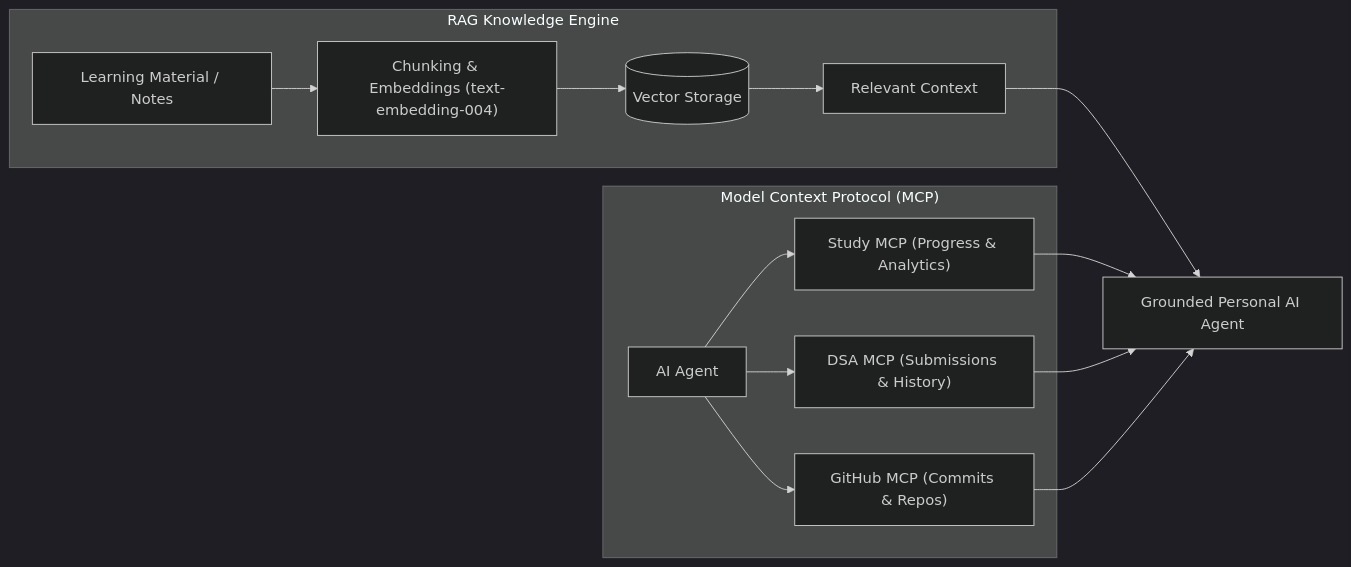
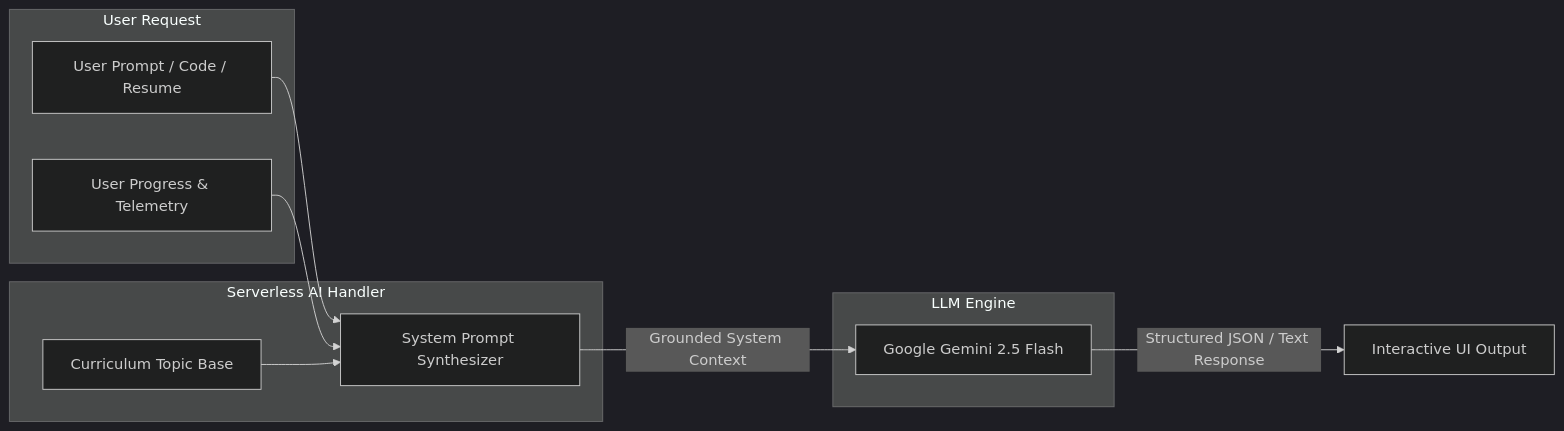
The second of 2 diagrams in README.md (Satyamshiv0079/java-study-tracker), drawn with Mermaid (dark theme) before and after one commit. The commit also changed other lines of this file, not shown here.

Commit message:
docs: update README.md with 100% genuine and accurate technical architecture documentation

````diff
--- a/README.md
+++ b/README.md
@@ -84,17 +93,22 @@
 ```mermaid
 flowchart LR
-    subgraph RAG ["RAG Knowledge Engine"]
-        Docs["Learning Material / Notes"] --> Chunk["Chunking & Embeddings (text-embedding-004)"] --> VectorDB[("Vector Storage")] --> Context["Relevant Context"]
+    subgraph Input ["User Request"]
+        Query["User Prompt / Code / Resume"]
+        State["User Progress & Telemetry"]
     end
 
-    subgraph MCP ["Model Context Protocol (MCP)"]
-        Agent["AI Agent"] --> StudyMCP["Study MCP (Progress & Analytics)"]
-        Agent --> DSAMCP["DSA MCP (Submissions & History)"]
-        Agent --> GitHubMCP["GitHub MCP (Commits & Repos)"]
+    subgraph Proxy ["Serverless AI Handler"]
+        Format["System Prompt Synthesizer"]
+        TopicBase["Curriculum Topic Base"]
     end
 
-    Context --> FinalAgent["Grounded Personal AI Agent"]
-    StudyMCP --> FinalAgent
-    DSAMCP --> FinalAgent
-    GitHubMCP --> FinalAgent
+    subgraph Model ["LLM Engine"]
+        GeminiFlash["Google Gemini 2.5 Flash"]
+    end
+
+    Query --> Format
+    State --> Format
+    TopicBase --> Format
+    Format -->|Grounded System Context| GeminiFlash
+    GeminiFlash -->|Structured JSON / Text Response| ClientResponse["Interactive UI Output"]
 ```
````
